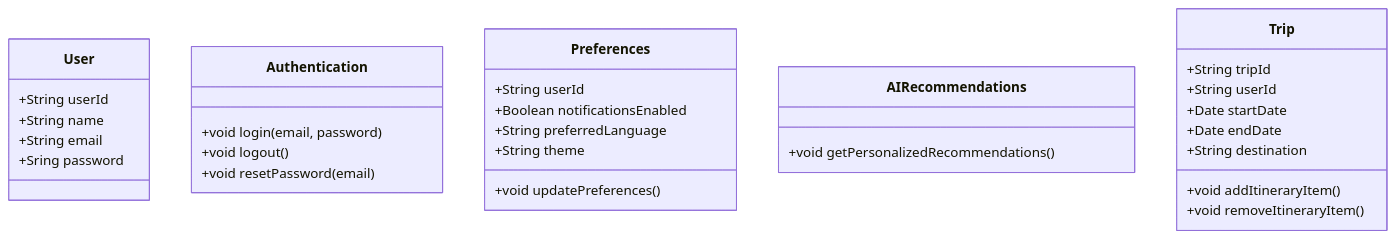
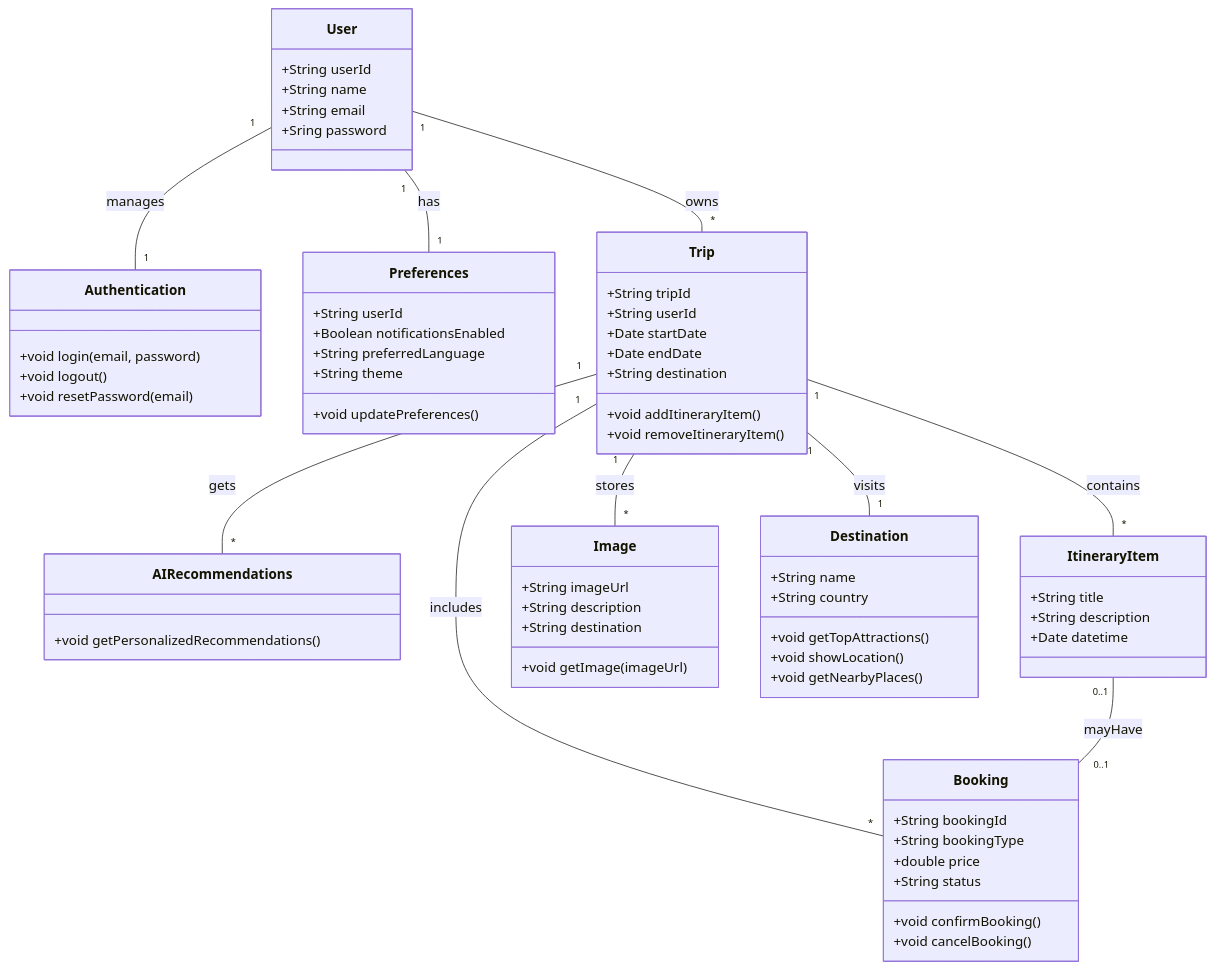
Before and after one commit to AppsDispMobils/PlanMyEscape: the second of 2 diagrams in app/design/design.md, drawn with Mermaid.

Commit message:
Class Diagram

````diff
--- a/app/design/design.md
+++ b/app/design/design.md
@@ -18,37 +18,77 @@
 ```mermaid
 classDiagram
     class User {
         +String userId
         +String name
         +String email
         +Sring password
     }
 
     class Authentication {
         +void login(email, password)
         +void logout()
         +void resetPassword(email)
     }
 
     class Preferences {
         +String userId
         +Boolean notificationsEnabled
         +String preferredLanguage
         +String theme 
         +void updatePreferences()
     }
 
     class AIRecommendations {
         +void getPersonalizedRecommendations()
     }
 
     class Trip {
         +String tripId
         +String userId
         +Date startDate
         +Date endDate
         +String destination
         +void addItineraryItem()
         +void removeItineraryItem()
     }
+    class ItineraryItem {
+        +String title
+        +String description
+        +Date datetime
+    }
+
+    class Image {
+        +String imageUrl
+        +String description
+        +String destination
+        +void getImage(imageUrl)
+    }
+
+    class Booking {
+        +String bookingId
+        +String bookingType
+        +double price
+        +String status
+        +void confirmBooking()
+        +void cancelBooking()
+    }
+
+    class Destination {
+        +String name
+        +String country
+        +void getTopAttractions()
+        +void showLocation()
+        +void getNearbyPlaces()
+    }
+
+
+    User "1" -- "1" Preferences : has
+    User "1" -- "1" Authentication : manages
+    User "1" -- "*" Trip : owns
+    Trip "1" -- "*" ItineraryItem : contains
+    Trip "1" -- "*" Image : stores
+    Trip "1" -- "*" AIRecommendations : gets
+    Trip "1" -- "*" Booking : includes
+    Trip "1" -- "1" Destination : visits
+    ItineraryItem "0..1" -- "0..1" Booking : mayHave
 ```
````
